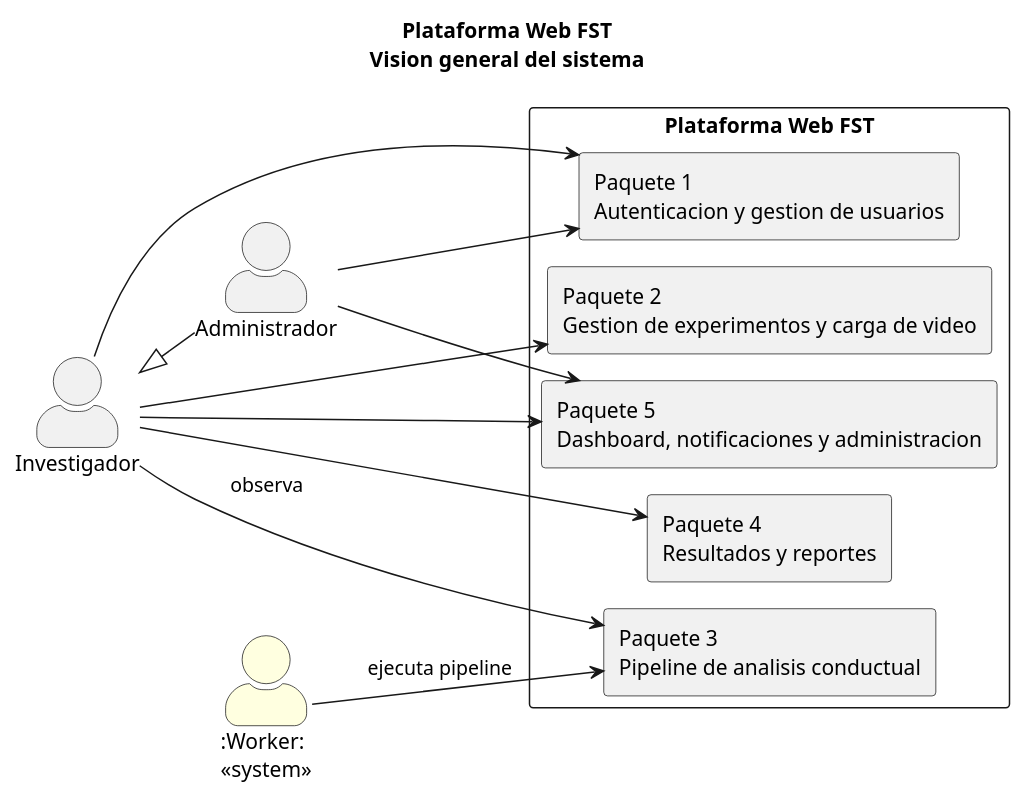
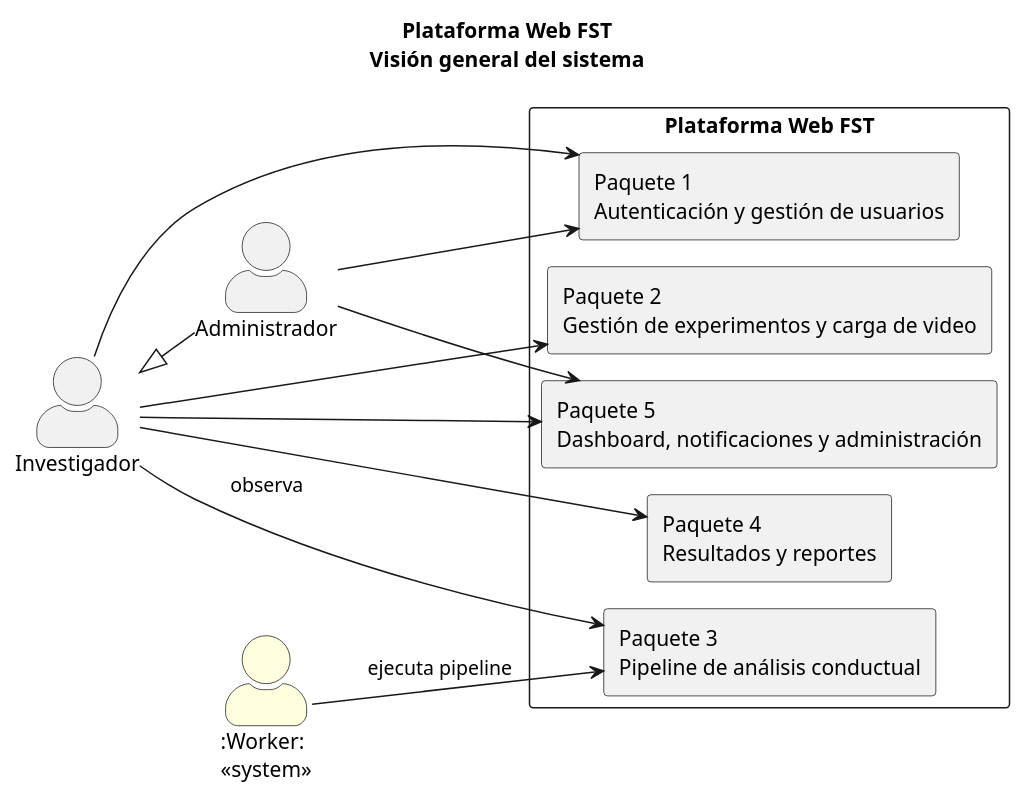
One commit to ErickJester/fst-ai-system-latex changed the diagram in diagramas/puml/cu_vision_general.puml. Above: the diagram before and after it, drawn with PlantUML. The commit also changed 25 other files, not shown here.

```diff
--- a/diagramas/puml/cu_vision_general.puml
+++ b/diagramas/puml/cu_vision_general.puml
@@ -1,30 +1,30 @@
 @startuml
 !pragma layout smetana
-title Plataforma Web FST\nVision general del sistema
+title Plataforma Web FST\nVisión general del sistema
 left to right direction
 skinparam packageStyle rectangle
 skinparam actorStyle awesome
 skinparam usecase {
   BackgroundColor White
   BorderColor DarkSlateGray
 }
 actor "Investigador" as INV
 actor "Administrador" as ADMIN
 actor ":Worker:\n<<system>>" as WRK #LightYellow
 INV <|-- ADMIN
 rectangle "Plataforma Web FST" {
-  rectangle "Paquete 1\nAutenticacion y gestion de usuarios" as P1
-  rectangle "Paquete 2\nGestion de experimentos y carga de video" as P2
-  rectangle "Paquete 3\nPipeline de analisis conductual" as P3
+  rectangle "Paquete 1\nAutenticación y gestión de usuarios" as P1
+  rectangle "Paquete 2\nGestión de experimentos y carga de video" as P2
+  rectangle "Paquete 3\nPipeline de análisis conductual" as P3
   rectangle "Paquete 4\nResultados y reportes" as P4
-  rectangle "Paquete 5\nDashboard, notificaciones y administracion" as P5
+  rectangle "Paquete 5\nDashboard, notificaciones y administración" as P5
 }
 INV --> P1
 INV --> P2
 INV --> P3 : observa
 INV --> P4
 INV --> P5
 ADMIN --> P1
 ADMIN --> P5
 WRK --> P3 : ejecuta pipeline
 @enduml
```
